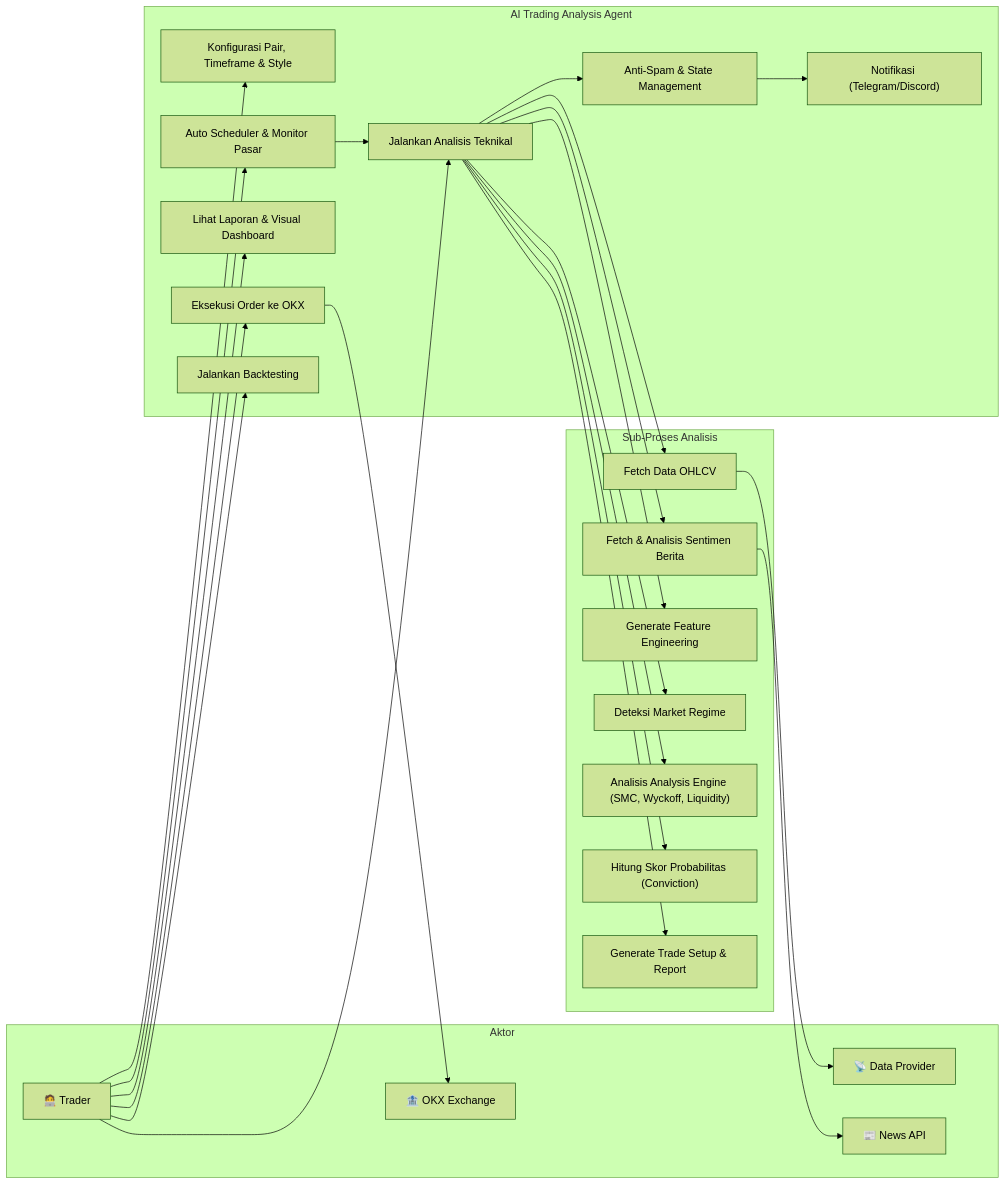
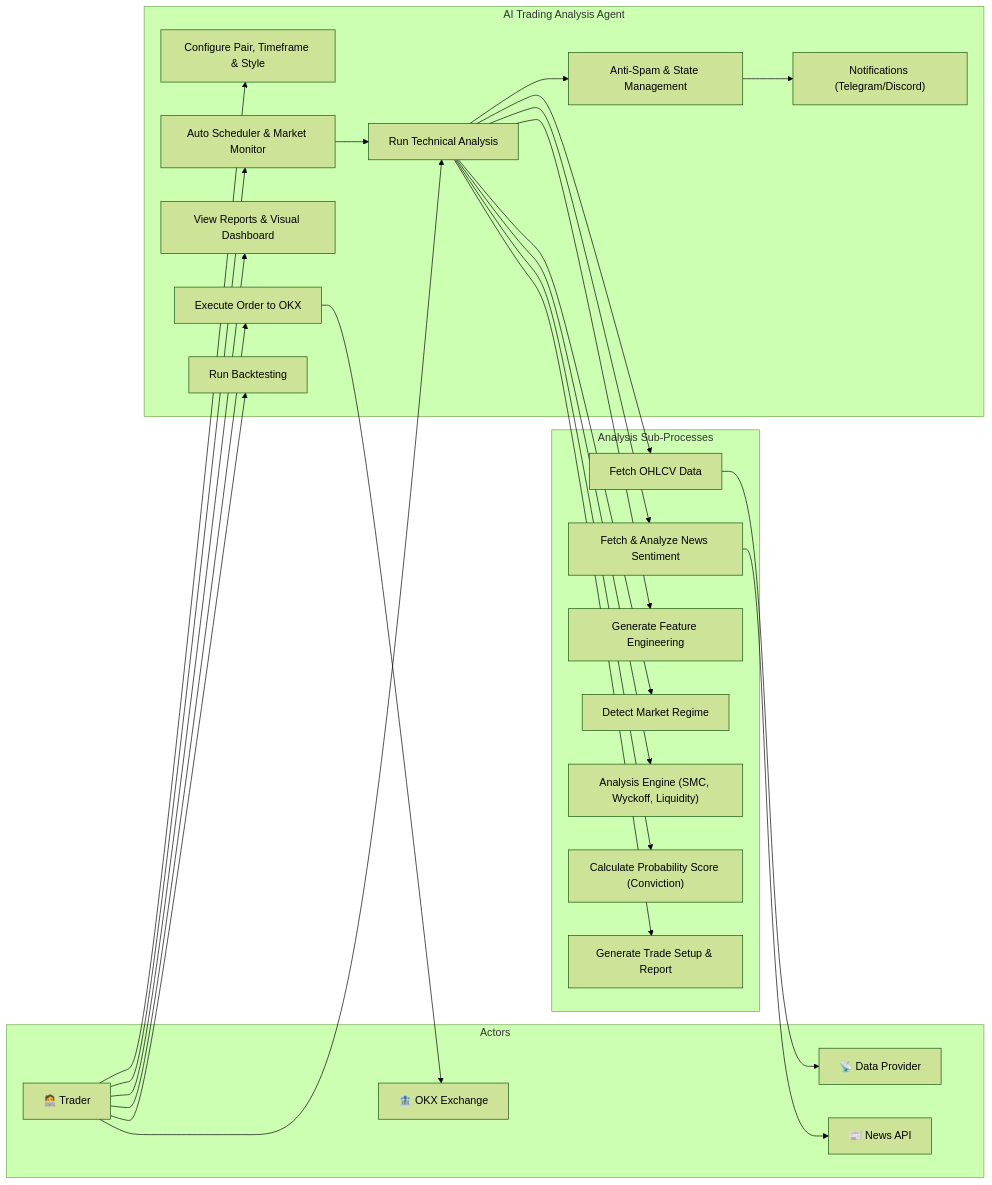
One commit to bayuevm-wq/Auto-Analisis changed the first of 3 diagrams in README.md. Above: the diagram before and after it, drawn with Mermaid (forest theme). The commit also changed other lines of this file and 1 other file, not shown here.

````diff
--- a/README.md
+++ b/README.md
@@ -513,52 +513,52 @@
 ```mermaid
 graph LR
-    subgraph Aktor
+    subgraph Actors
         U["🧑‍💻 Trader"]
         OKX["🏦 OKX Exchange"]
         DP["📡 Data Provider"]
         NP["📰 News API"]
     end
 
     subgraph "AI Trading Analysis Agent"
-        UC1["Konfigurasi Pair, Timeframe & Style"]
-        UC2["Jalankan Analisis Teknikal"]
-        UC3["Auto Scheduler & Monitor Pasar"]
+        UC1["Configure Pair, Timeframe & Style"]
+        UC2["Run Technical Analysis"]
+        UC3["Auto Scheduler & Market Monitor"]
         UC4["Anti-Spam & State Management"]
-        UC5["Notifikasi (Telegram/Discord)"]
-        UC6["Lihat Laporan & Visual Dashboard"]
-        UC7["Eksekusi Order ke OKX"]
-        UC8["Jalankan Backtesting"]
+        UC5["Notifications (Telegram/Discord)"]
+        UC6["View Reports & Visual Dashboard"]
+        UC7["Execute Order to OKX"]
+        UC8["Run Backtesting"]
     end
 
-    subgraph "Sub-Proses Analisis"
-        S1["Fetch Data OHLCV"]
-        S2["Fetch & Analisis Sentimen Berita"]
+    subgraph "Analysis Sub-Processes"
+        S1["Fetch OHLCV Data"]
+        S2["Fetch & Analyze News Sentiment"]
         S3["Generate Feature Engineering"]
-        S4["Deteksi Market Regime"]
-        S5["Analisis Analysis Engine (SMC, Wyckoff, Liquidity)"]
-        S6["Hitung Skor Probabilitas (Conviction)"]
+        S4["Detect Market Regime"]
+        S5["Analysis Engine (SMC, Wyckoff, Liquidity)"]
+        S6["Calculate Probability Score (Conviction)"]
         S7["Generate Trade Setup & Report"]
     end
 
     U --> UC1
     U --> UC2
     U --> UC3
     U --> UC6
     U --> UC7
     U --> UC8
 
     UC2 --> S1
     S1 --> DP
     UC2 --> S2
     S2 --> NP
     UC2 --> S3
     UC2 --> S4
     UC2 --> S5
     UC2 --> S6
     UC2 --> S7
 
     UC3 --> UC2
     UC2 --> UC4
     UC4 --> UC5
     UC7 --> OKX
 ```
````
